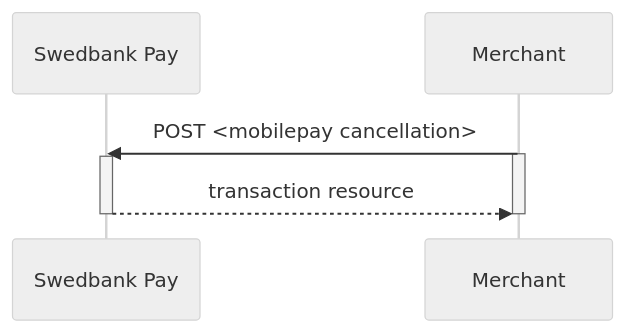
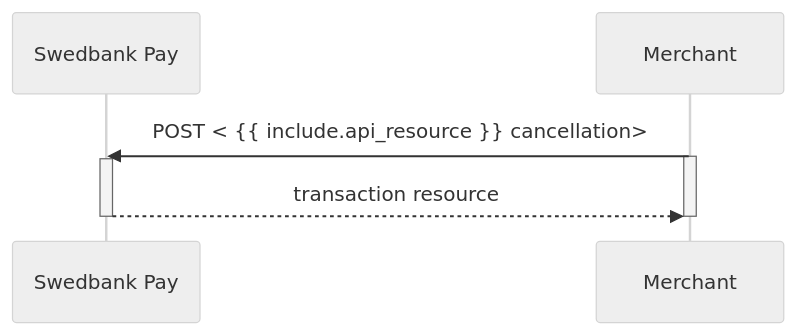
Before and after one commit to SwedbankPay/developer.swedbankpay.com: the diagram in _includes/cancel.md, drawn with Mermaid (neutral theme). The commit also changed 6 other files, not shown here.

````diff
--- a/_includes/cancel.md
+++ b/_includes/cancel.md
@@ -44,11 +44,11 @@
 ```mermaid
 sequenceDiagram
     participant SwedbankPay as Swedbank Pay
 
-    Merchant->>SwedbankPay: POST <mobilepay cancellation>
+    Merchant->>SwedbankPay: POST < {{ include.api_resource }} cancellation>
     activate Merchant
     activate SwedbankPay
     SwedbankPay-->>Merchant: transaction resource
     deactivate SwedbankPay
     deactivate Merchant
 ```
````
